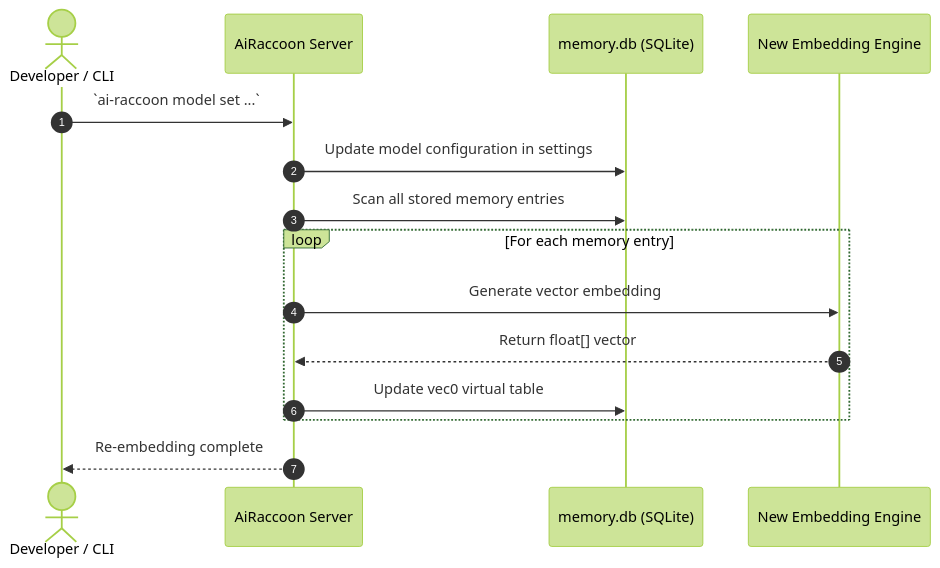
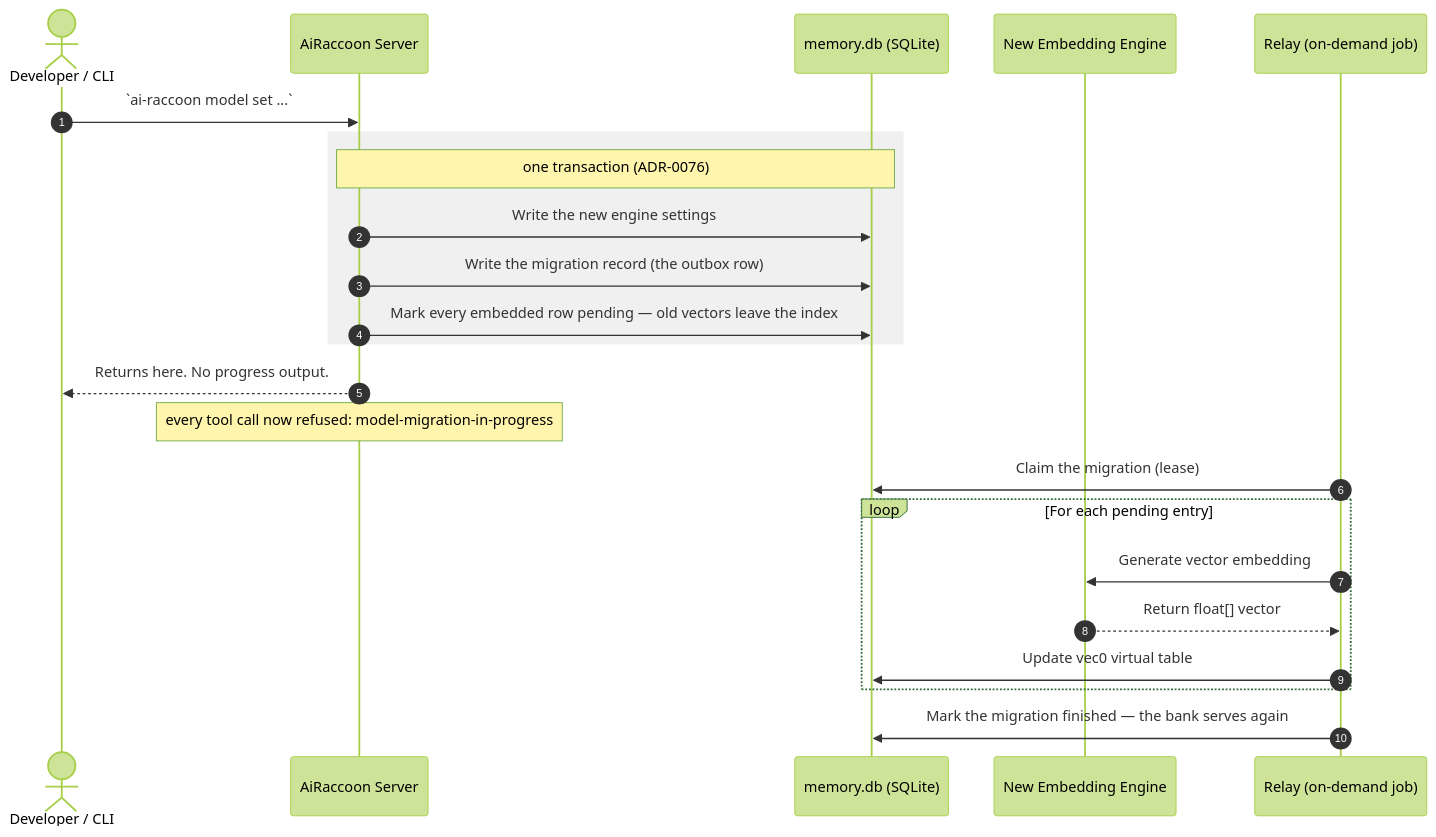
Before and after one commit to Arasz/ai-raccoon: the second of 2 diagrams in docs/how-to/configure-embedding-engines.md, drawn with Mermaid (forest theme). The commit also changed other lines of this file and 4 other files, not shown here.

First line of the commit message:
release: 1.21.0 — single-writer settings, model-set outbox, CLI restructure

````diff
--- a/docs/how-to/configure-embedding-engines.md
+++ b/docs/how-to/configure-embedding-engines.md
@@ -71,18 +71,27 @@
 ```mermaid
 sequenceDiagram
     autonumber
     actor Dev as Developer / CLI
     participant Server as AiRaccoon Server
     participant Store as memory.db (SQLite)
     participant Engine as New Embedding Engine
     
+    participant Relay as Relay (on-demand job)
+
     Dev->>Server: `ai-raccoon model set ...`
-    Server->>Store: Update model configuration in settings
-    Server->>Store: Scan all stored memory entries
-    loop For each memory entry
-        Server->>Engine: Generate vector embedding
-        Engine-->>Server: Return float[] vector
-        Server->>Store: Update vec0 virtual table
+    rect rgb(240, 240, 240)
+        note over Server,Store: one transaction (ADR-0076)
+        Server->>Store: Write the new engine settings
+        Server->>Store: Write the migration record (the outbox row)
+        Server->>Store: Mark every embedded row pending — old vectors leave the index
     end
-    Server-->>Dev: Re-embedding complete
+    Server-->>Dev: Returns here. No progress output.
+    note over Server: every tool call now refused: model-migration-in-progress
+    Relay->>Store: Claim the migration (lease)
+    loop For each pending entry
+        Relay->>Engine: Generate vector embedding
+        Engine-->>Relay: Return float[] vector
+        Relay->>Store: Update vec0 virtual table
+    end
+    Relay->>Store: Mark the migration finished — the bank serves again
 ```
````
